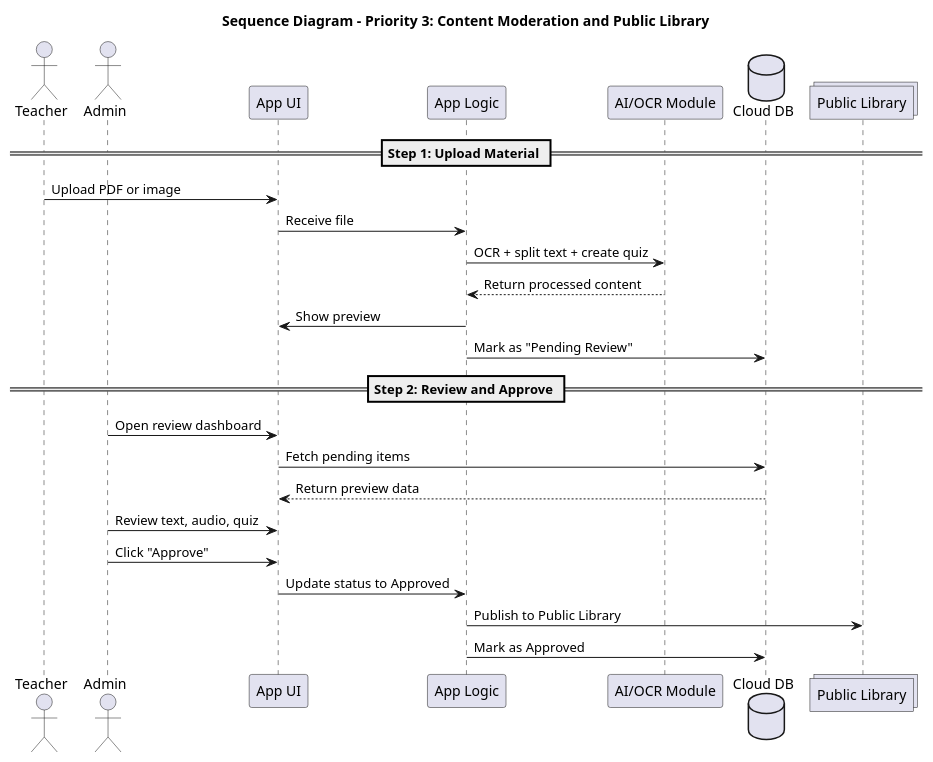
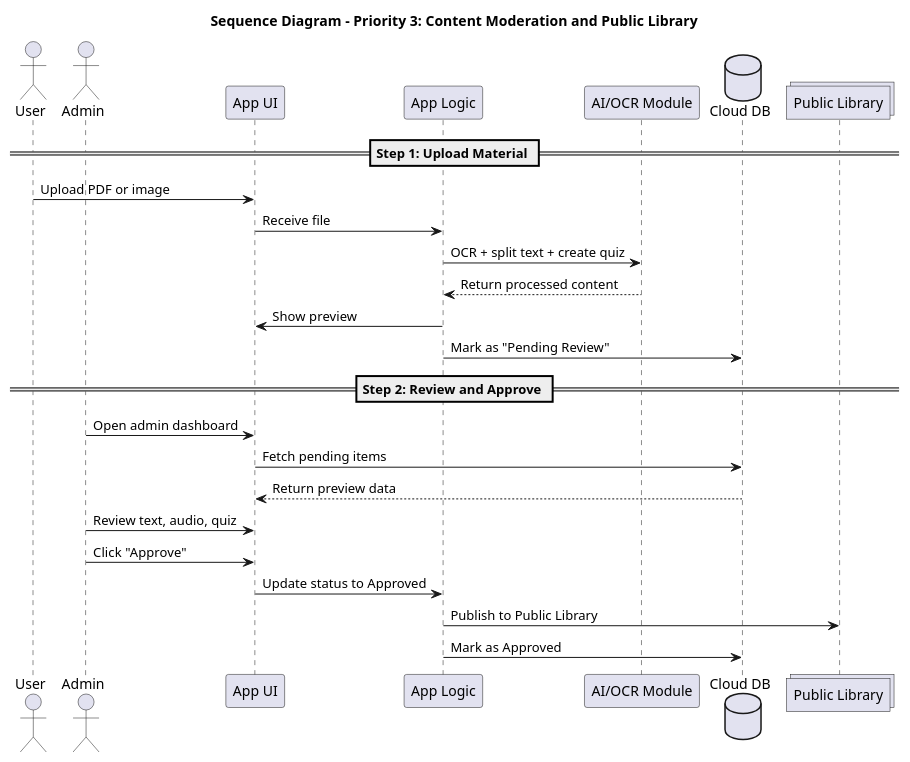
The diagram in sequence_diagram/sequence3_diagram.puml (23021600-TranGiaKhanh/TTNM_sequence_diagram), drawn with PlantUML before and after one commit. The commit also changed 2 other files, not shown here.

Commit message:
update sequence 3

```diff
--- a/sequence_diagram/sequence3_diagram.puml
+++ b/sequence_diagram/sequence3_diagram.puml
@@ -1,30 +1,30 @@
 @startuml ContentFlow
 title Sequence Diagram - Priority 3: Content Moderation and Public Library
 
-actor "Teacher" as T
+actor "User" as U
 actor "Admin" as A
 participant "App UI" as UI
 participant "App Logic" as Logic
 participant "AI/OCR Module" as AI
 database "Cloud DB" as DB
 collections "Public Library" as LIB
 
 == Step 1: Upload Material ==
-T -> UI: Upload PDF or image
+U -> UI: Upload PDF or image
 UI -> Logic: Receive file
 Logic -> AI: OCR + split text + create quiz
 AI --> Logic: Return processed content
 Logic -> UI: Show preview
 Logic -> DB: Mark as "Pending Review"
 
 == Step 2: Review and Approve ==
-A -> UI: Open review dashboard
+A -> UI: Open admin dashboard
 UI -> DB: Fetch pending items
 DB --> UI: Return preview data
 A -> UI: Review text, audio, quiz
 A -> UI: Click "Approve"
 UI -> Logic: Update status to Approved
 Logic -> LIB: Publish to Public Library
 Logic -> DB: Mark as Approved
 
 @enduml
```
